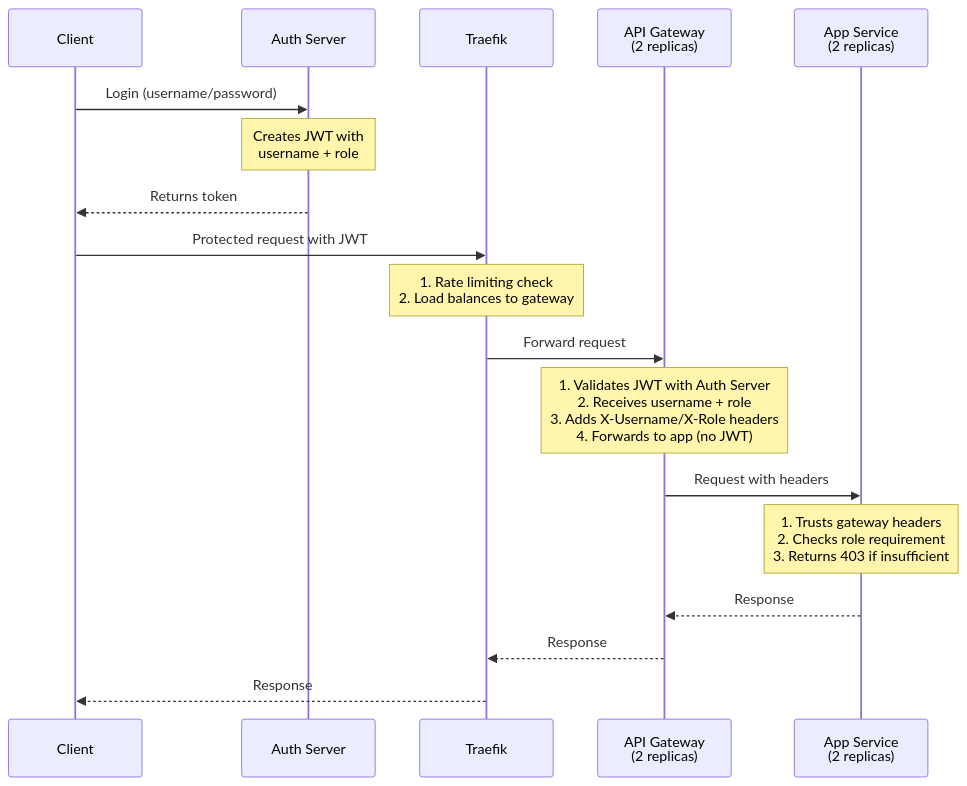
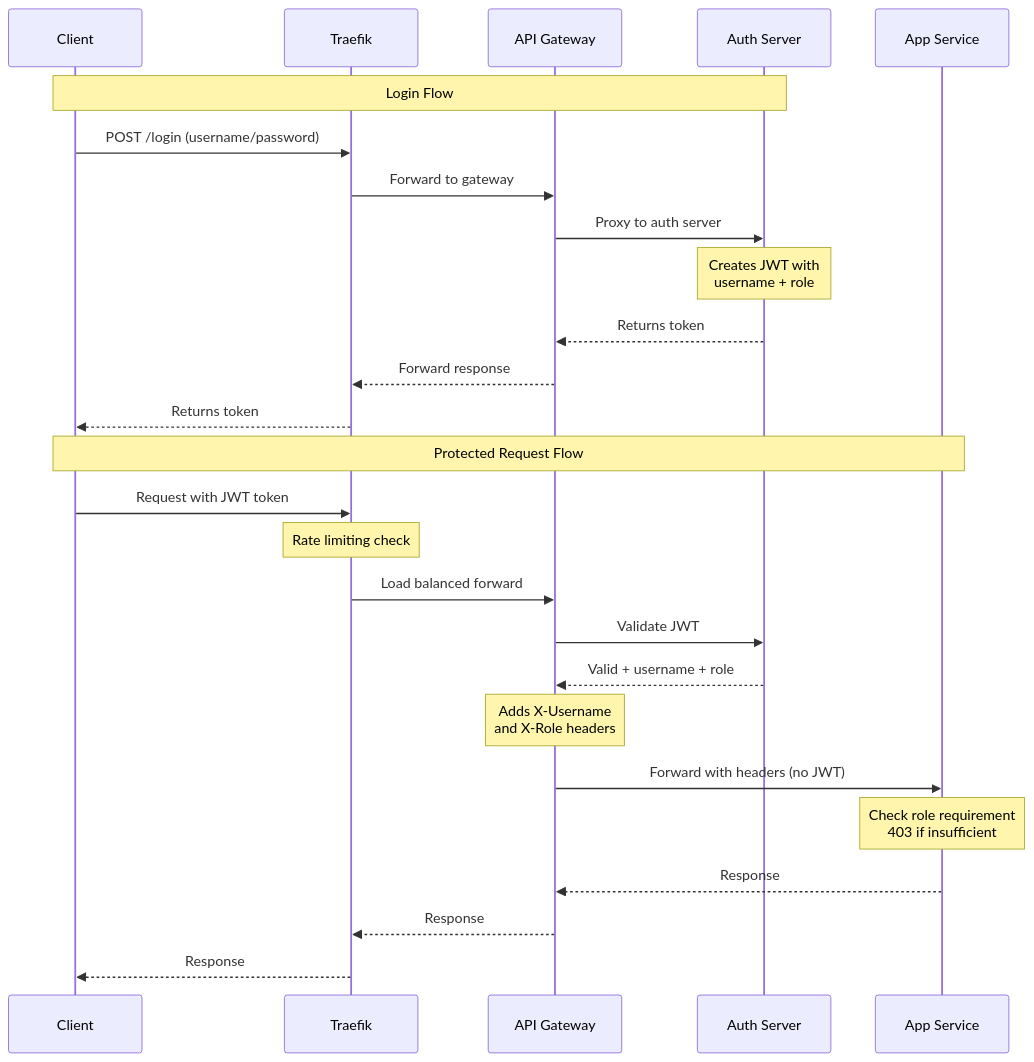
The diagram in auth/RBAC.md (ricleal/GoLang), drawn with Mermaid before and after one commit. The commit also changed 8 other files, not shown here.

````diff
--- a/auth/RBAC.md
+++ b/auth/RBAC.md
@@ -33,24 +33,30 @@
 ```mermaid
 sequenceDiagram
     participant Client
+    participant Traefik
+    participant Gateway as API Gateway
     participant Auth as Auth Server
-    participant Traefik
-    participant Gateway as API Gateway<br/>(2 replicas)
-    participant App as App Service<br/>(2 replicas)
+    participant App as App Service
     
-    Client->>Auth: Login (username/password)
+    Note over Client,Auth: Login Flow
+    Client->>Traefik: POST /login (username/password)
+    Traefik->>Gateway: Forward to gateway
+    Gateway->>Auth: Proxy to auth server
     Note over Auth: Creates JWT with<br/>username + role
-    Auth-->>Client: Returns token
+    Auth-->>Gateway: Returns token
+    Gateway-->>Traefik: Forward response
+    Traefik-->>Client: Returns token
     
-    Client->>Traefik: Protected request with JWT
-    Note over Traefik: 1. Rate limiting check<br/>2. Load balances to gateway
-    Traefik->>Gateway: Forward request
-    
-    Note over Gateway: 1. Validates JWT with Auth Server<br/>2. Receives username + role<br/>3. Adds X-Username/X-Role headers<br/>4. Forwards to app (no JWT)
-    Gateway->>App: Request with headers
-    
-    Note over App: 1. Trusts gateway headers<br/>2. Checks role requirement<br/>3. Returns 403 if insufficient
+    Note over Client,App: Protected Request Flow
+    Client->>Traefik: Request with JWT token
+    Note over Traefik: Rate limiting check
+    Traefik->>Gateway: Load balanced forward
+    Gateway->>Auth: Validate JWT
+    Auth-->>Gateway: Valid + username + role
+    Note over Gateway: Adds X-Username<br/>and X-Role headers
+    Gateway->>App: Forward with headers (no JWT)
+    Note over App: Check role requirement<br/>403 if insufficient
     App-->>Gateway: Response
     Gateway-->>Traefik: Response
     Traefik-->>Client: Response
 ```
````
